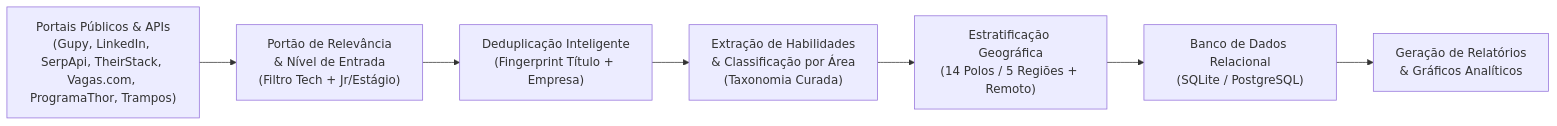
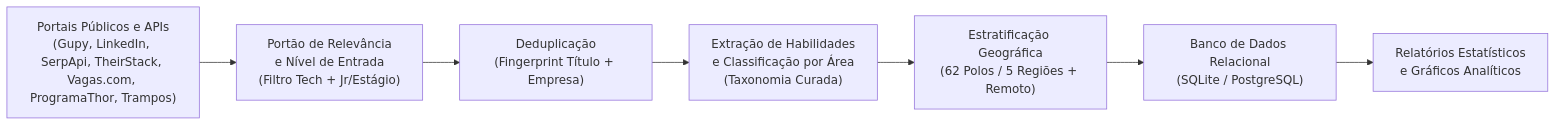
One commit to diasgarcia/tech-skills-br changed the diagram in README.md. Above: the diagram before and after it, drawn with Mermaid. The commit also changed other lines of this file and 2 other files, not shown here.

````diff
--- a/README.md
+++ b/README.md
@@ -28,9 +19,9 @@
 ```mermaid
 flowchart LR
-    A["Portais Públicos & APIs<br>(Gupy, LinkedIn, SerpApi, TheirStack, Vagas.com, ProgramaThor, Trampos)"] --> B["Portão de Relevância<br>& Nível de Entrada<br>(Filtro Tech + Jr/Estágio)"]
-    B --> C["Deduplicação Inteligente<br>(Fingerprint Título + Empresa)"]
-    C --> D["Extração de Habilidades<br>& Classificação por Área<br>(Taxonomia Curada)"]
-    D --> E["Estratificação Geográfica<br>(14 Polos / 5 Regiões + Remoto)"]
+    A["Portais Públicos e APIs<br>(Gupy, LinkedIn, SerpApi, TheirStack, Vagas.com, ProgramaThor, Trampos)"] --> B["Portão de Relevância<br>e Nível de Entrada<br>(Filtro Tech + Jr/Estágio)"]
+    B --> C["Deduplicação<br>(Fingerprint Título + Empresa)"]
+    C --> D["Extração de Habilidades<br>e Classificação por Área<br>(Taxonomia Curada)"]
+    D --> E["Estratificação Geográfica<br>(62 Polos / 5 Regiões + Remoto)"]
     E --> F["Banco de Dados Relacional<br>(SQLite / PostgreSQL)"]
-    F --> G["Geração de Relatórios<br>& Gráficos Analíticos"]
+    F --> G["Relatórios Estatísticos<br>e Gráficos Analíticos"]
 ```
````
